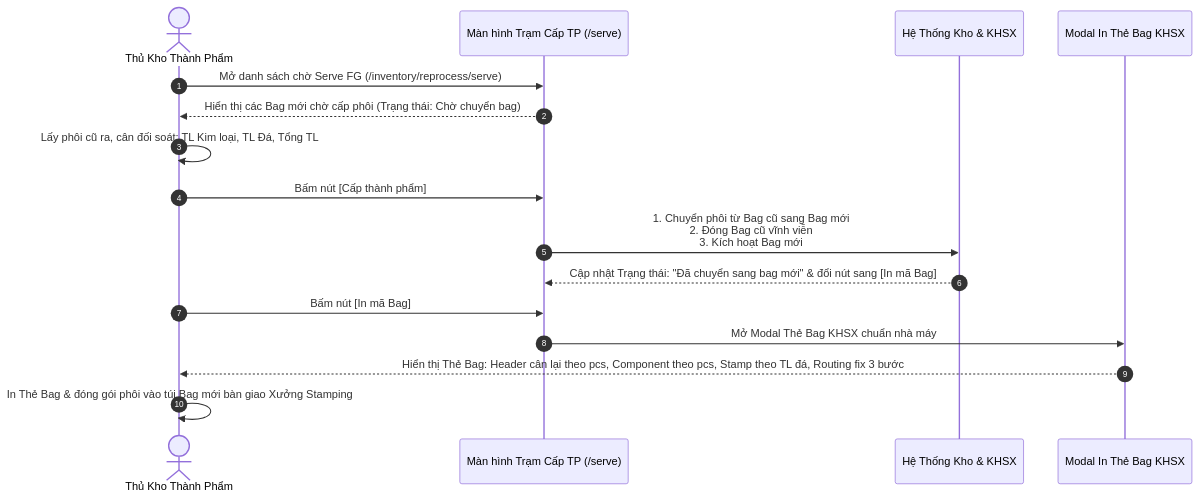
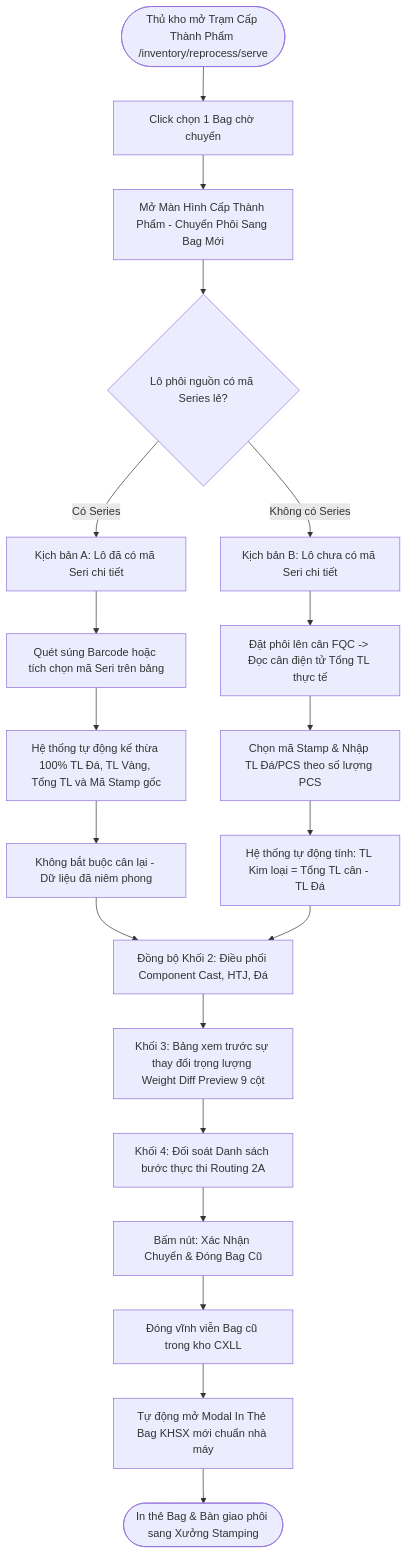
The diagram in docs/user-stories/US-KTP-03-tram-cap-thanh-pham-serve-fg-in-the-bag.md (midumidu1213-collab/order-prototype), drawn with Mermaid before and after one commit. The commit also changed other lines of this file and 1 other file, not shown here.

Commit message:
feat(serve): cap nhat UI Cap thanh pham 4 khoi cho 2 truong hop co seri va chua co seri kem tai lieu US-KTP-03

````diff
--- a/docs/user-stories/US-KTP-03-tram-cap-thanh-pham-serve-fg-in-the-bag.md
+++ b/docs/user-stories/US-KTP-03-tram-cap-thanh-pham-serve-fg-in-the-bag.md
@@ -103,20 +142,31 @@
 ```mermaid
-sequenceDiagram
-    autonumber
-    actor Keeper as Thủ Kho Thành Phẩm
-    participant Screen as Màn hình Trạm Cấp TP (/serve)
-    participant System as Hệ Thống Kho & KHSX
-    participant Modal as Modal In Thẻ Bag KHSX
-
-    Keeper->>Screen: Mở danh sách chờ Serve FG (/inventory/reprocess/serve)
-    Screen-->>Keeper: Hiển thị các Bag mới chờ cấp phôi (Trạng thái: Chờ chuyển bag)
-    Keeper->>Keeper: Lấy phôi cũ ra, cân đối soát: TL Kim loại, TL Đá, Tổng TL
-    Keeper->>Screen: Bấm nút [Cấp thành phẩm]
-    Screen->>System: 1. Chuyển phôi từ Bag cũ sang Bag mới<br>2. Đóng Bag cũ vĩnh viễn<br>3. Kích hoạt Bag mới
-    System-->>Screen: Cập nhật Trạng thái: "Đã chuyển sang bag mới" & đổi nút sang [In mã Bag]
+flowchart TD
+    Start([Thủ kho mở Trạm Cấp Thành Phẩm /inventory/reprocess/serve]) --> SelectBag[Click chọn 1 Bag chờ chuyển]
+    SelectBag --> OpenTransfer[Mở Màn Hình Cấp Thành Phẩm - Chuyển Phôi Sang Bag Mới]
     
-    Keeper->>Screen: Bấm nút [In mã Bag]
-    Screen->>Modal: Mở Modal Thẻ Bag KHSX chuẩn nhà máy
-    Modal-->>Keeper: Hiển thị Thẻ Bag: Header cân lại theo pcs, Component theo pcs, Stamp theo TL đá, Routing fix 3 bước
-    Keeper->>Keeper: In Thẻ Bag & đóng gói phôi vào túi Bag mới bàn giao Xưởng Stamping
+    OpenTransfer --> CheckSeries{Lô phôi nguồn có mã Series lẻ?}
+    
+    %% Kịch bản A
+    CheckSeries -- Có Series --> ScenarioA[Kịch bản A: Lô đã có mã Seri chi tiết]
+    ScenarioA --> ScanOrPick[Quét súng Barcode hoặc tích chọn mã Seri trên bảng]
+    ScanOrPick --> InheritWeight[Hệ thống tự động kế thừa 100% TL Đá, TL Vàng, Tổng TL và Mã Stamp gốc]
+    InheritWeight --> NoScale[Không bắt buộc cân lại - Dữ liệu đã niêm phong]
+    
+    %% Kịch bản B
+    CheckSeries -- Không có Series --> ScenarioB[Kịch bản B: Lô chưa có mã Seri chi tiết]
+    ScenarioB --> FQCScale[Đặt phôi lên cân FQC -> Đọc cân điện tử Tổng TL thực tế]
+    FQCScale --> PickStamp[Chọn mã Stamp & Nhập TL Đá/PCS theo số lượng PCS]
+    PickStamp --> CalcMetal[Hệ thống tự động tính: TL Kim loại = Tổng TL cân - TL Đá]
+    
+    %% Đồng bộ chung
+    NoScale --> SyncComponent[Đồng bộ Khối 2: Điều phối Component Cast, HTJ, Đá]
+    CalcMetal --> SyncComponent
+    
+    SyncComponent --> DiffPreview[Khối 3: Bảng xem trước sự thay đổi trọng lượng Weight Diff Preview 9 cột]
+    DiffPreview --> CheckRouting[Khối 4: Đối soát Danh sách bước thực thi Routing 2A]
+    
+    CheckRouting --> ConfirmTransfer[Bấm nút: Xác Nhận Chuyển & Đóng Bag Cũ]
+    ConfirmTransfer --> CloseOldBag[Đóng vĩnh viễn Bag cũ trong kho CXLL]
+    CloseOldBag --> OpenPrintModal[Tự động mở Modal In Thẻ Bag KHSX mới chuẩn nhà máy]
+    OpenPrintModal --> End([In thẻ Bag & Bàn giao phôi sang Xưởng Stamping])
 ```
````
